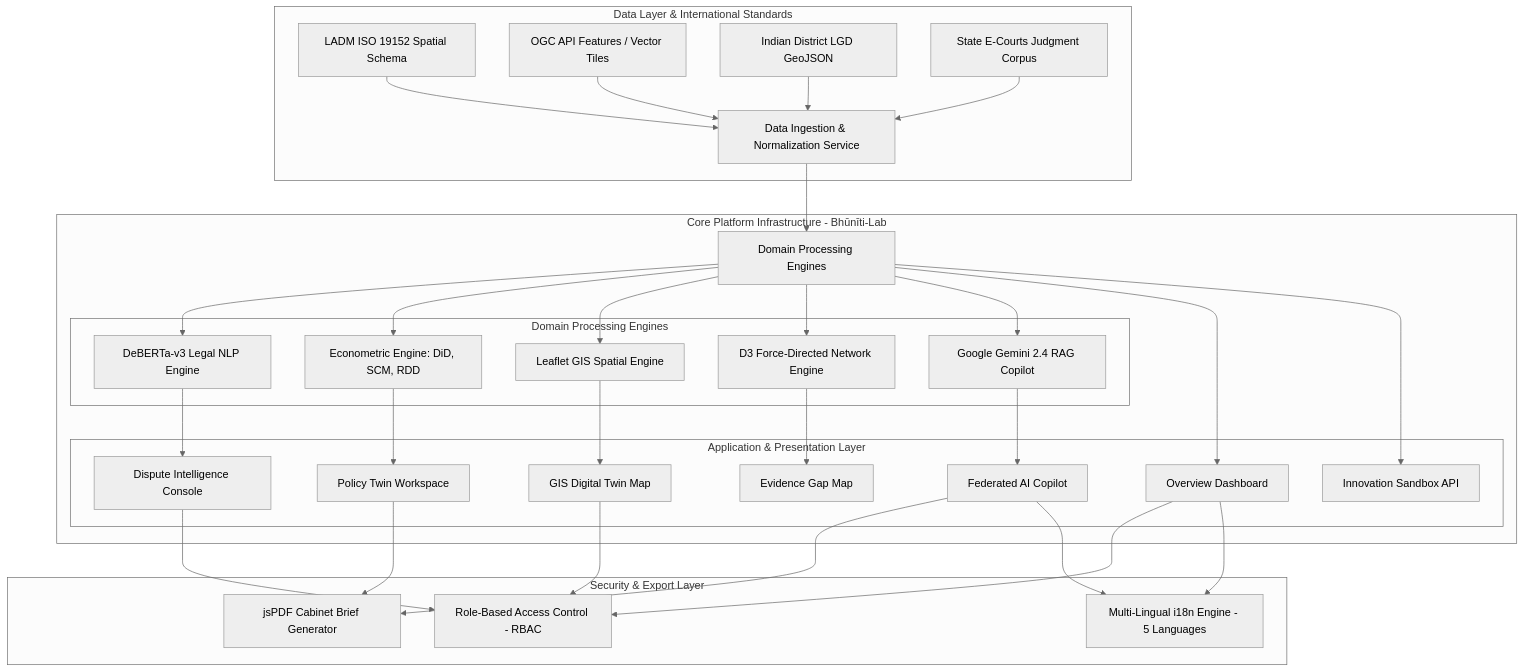
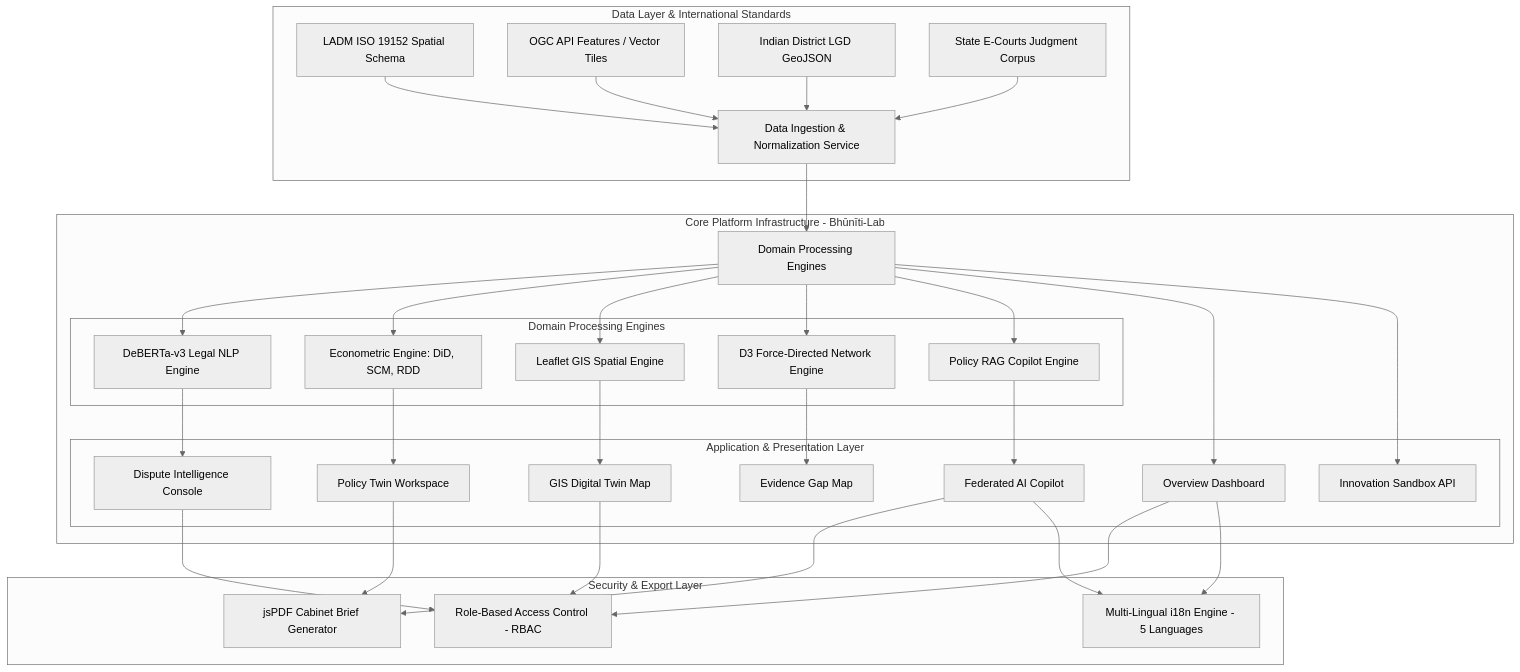
The diagram in README.md (yashkoparde/Viksit-s-Bhuniti-Lab), drawn with Mermaid (neutral theme) before and after one commit. The commit also changed other lines of this file, not shown here.

Commit message:
docs(readme): remove Gemini AI references and PR timeline section

````diff
--- a/README.md
+++ b/README.md
@@ -43,55 +41,55 @@
 ```mermaid
 flowchart TD
     subgraph Data Layer & International Standards
         A1[LADM ISO 19152 Spatial Schema] --> A
         A2[OGC API Features / Vector Tiles] --> A
         A3[Indian District LGD GeoJSON] --> A
         A4[State E-Courts Judgment Corpus] --> A
     end
 
     subgraph Core Platform Infrastructure - Bhūnīti-Lab
         A[Data Ingestion & Normalization Service] --> B[Domain Processing Engines]
         
         subgraph Domain Processing Engines
             B1[DeBERTa-v3 Legal NLP Engine]
             B2[Econometric Engine: DiD, SCM, RDD]
             B3[Leaflet GIS Spatial Engine]
             B4[D3 Force-Directed Network Engine]
-            B5[Google Gemini 2.4 RAG Copilot]
+            B5[Policy RAG Copilot Engine]
         end
 
         B --> B1
         B --> B2
         B --> B3
         B --> B4
         B --> B5
 
         subgraph Application & Presentation Layer
             C1[Overview Dashboard]
             C2[Policy Twin Workspace]
             C3[GIS Digital Twin Map]
             C4[Dispute Intelligence Console]
             C5[Evidence Gap Map]
             C6[Federated AI Copilot]
             C7[Innovation Sandbox API]
         end
 
         B1 --> C4
         B2 --> C2
         B3 --> C3
         B4 --> C5
         B5 --> C6
         B --> C1
         B --> C7
     end
 
     subgraph Security & Export Layer
         D1[Role-Based Access Control - RBAC]
         D2[jsPDF Cabinet Brief Generator]
         D3[Multi-Lingual i18n Engine - 5 Languages]
     end
 
     C2 & C6 --> D2
     C1 & C3 & C4 --> D1
     C1 & C6 --> D3
 ```
````
